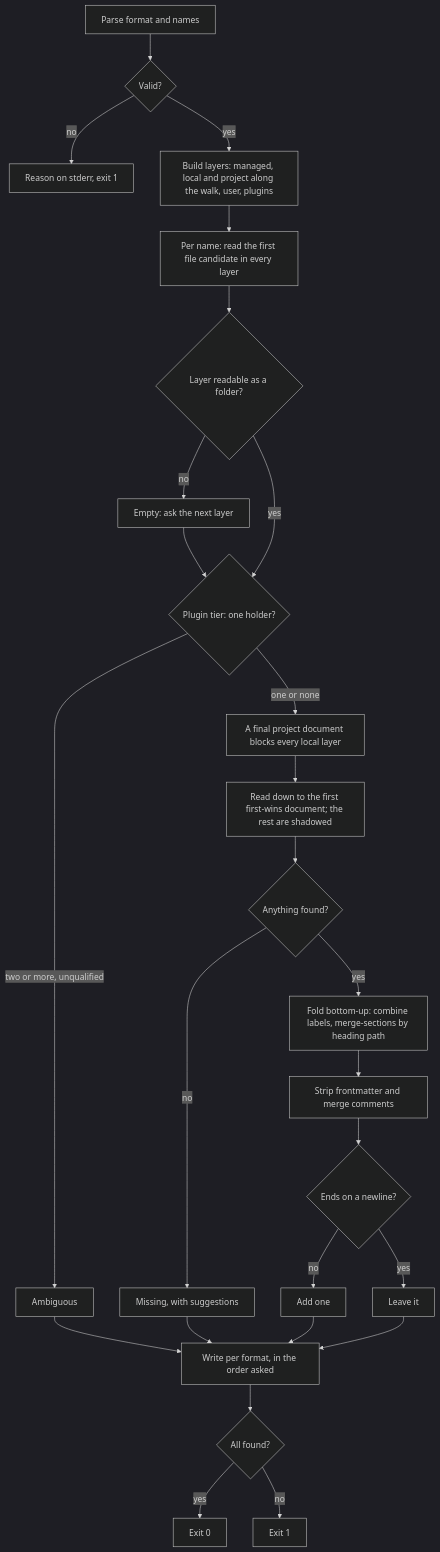
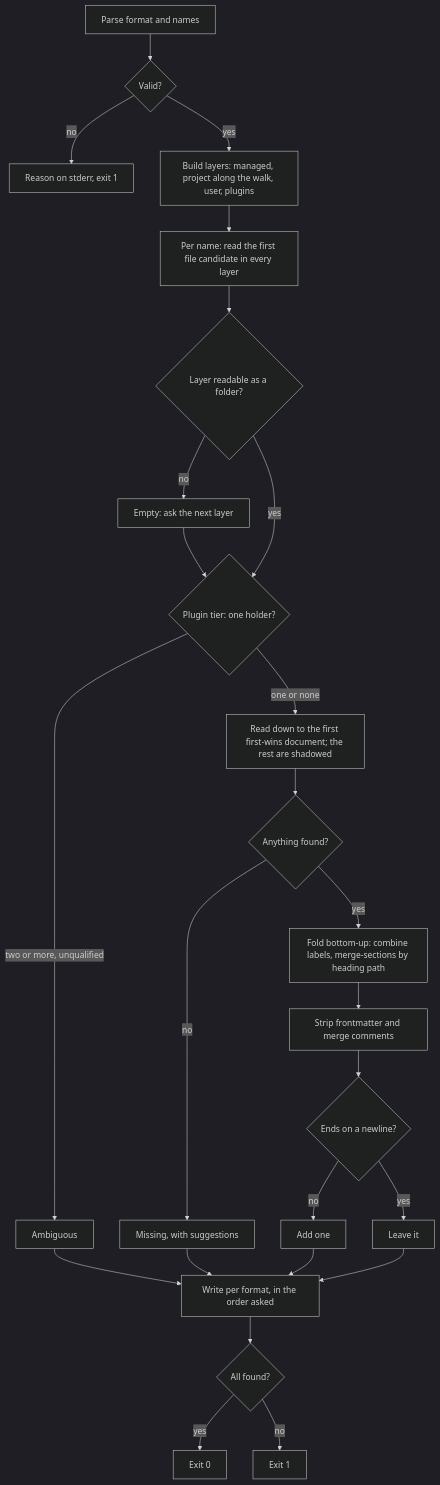
Before and after one commit to repobuddy/buddy-agent-harness: the first of 2 diagrams in packages/buddy-agent-harness/.agents/spec/cli/references/README.md, drawn with Mermaid (dark theme). The commit also changed other lines of this file and 13 other files, not shown here.

First line of the commit message:
feat(reference): remove the local tier and final (#185)

````diff
--- a/packages/buddy-agent-harness/.agents/spec/cli/references/README.md
+++ b/packages/buddy-agent-harness/.agents/spec/cli/references/README.md
@@ -216,28 +200,27 @@
 ```mermaid
 flowchart TD
   A[Parse format and names] --> B{Valid?}
   B -->|no| C[Reason on stderr, exit 1]
-  B -->|yes| D[Build layers: managed, local and project along the walk, user, plugins]
+  B -->|yes| D[Build layers: managed, project along the walk, user, plugins]
   D --> E[Per name: read the first file candidate in every layer]
   E --> E1{Layer readable as a folder?}
   E1 -->|no| E2[Empty: ask the next layer]
   E1 -->|yes| F{Plugin tier: one holder?}
   E2 --> F
   F -->|two or more, unqualified| G[Ambiguous]
-  F -->|one or none| F2[A final project document blocks every local layer]
-  F2 --> K[Read down to the first first-wins document; the rest are shadowed]
+  F -->|one or none| K[Read down to the first first-wins document; the rest are shadowed]
   K --> L{Anything found?}
   L -->|no| M[Missing, with suggestions]
   L -->|yes| N[Fold bottom-up: combine labels, merge-sections by heading path]
   N --> O[Strip frontmatter and merge comments]
   O --> O1{Ends on a newline?}
   O1 -->|no| O2[Add one]
   O1 -->|yes| O3[Leave it]
   O2 --> P
   O3 --> P
   G --> P[Write per format, in the order asked]
   M --> P
   P --> Q{All found?}
   Q -->|yes| R[Exit 0]
   Q -->|no| S[Exit 1]
 ```
````
